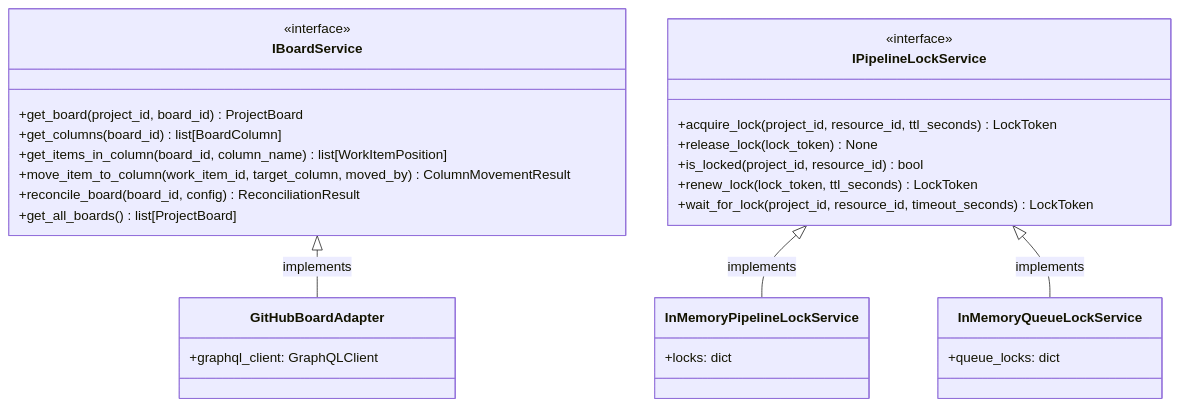
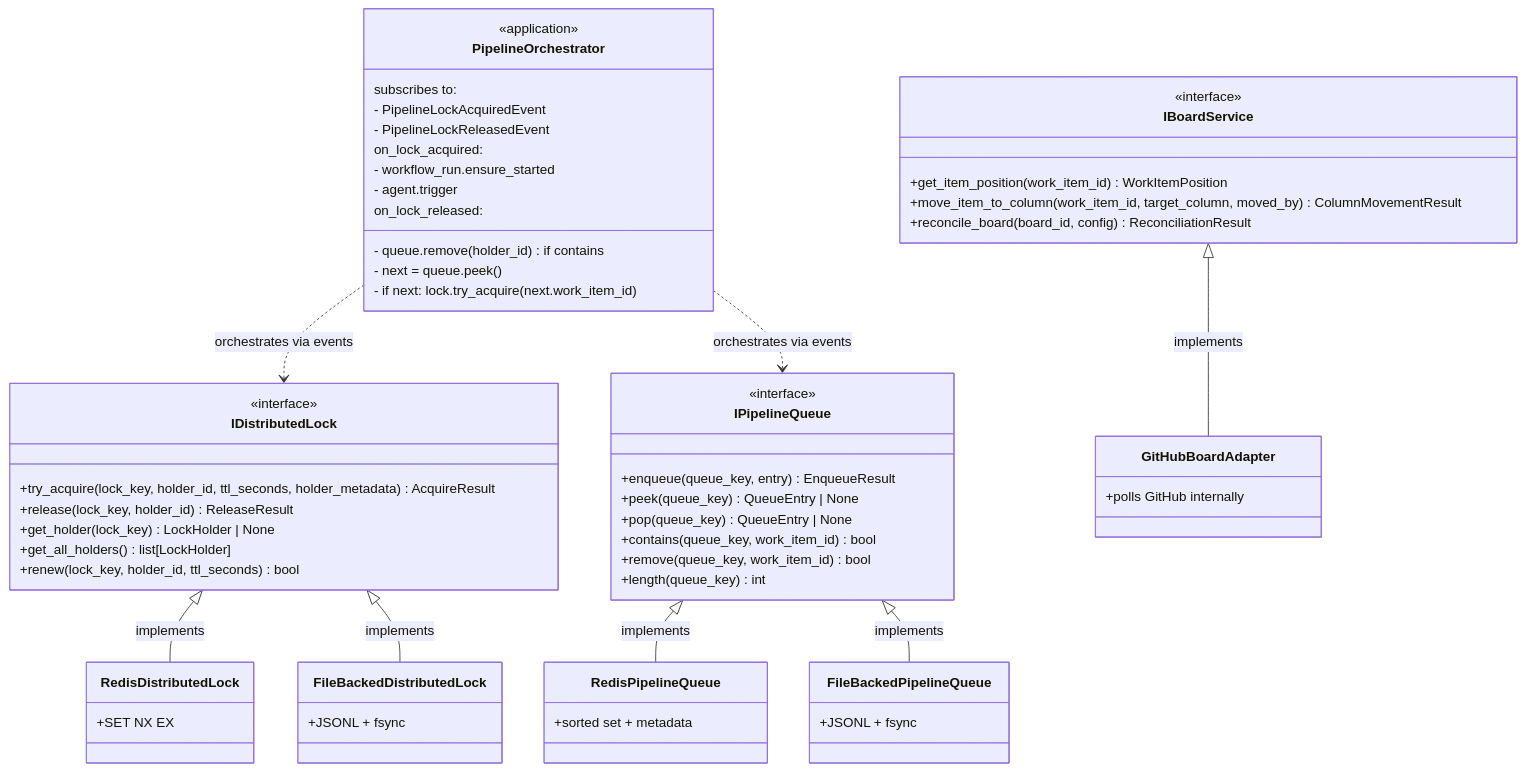
The diagram in documentation/architecture/ports/output/board-management.md (tinkermonkey/codetoreum), drawn with Mermaid before and after one commit. The commit also changed other lines of this file and 7 other files, not shown here.

````diff
--- a/documentation/architecture/ports/output/board-management.md
+++ b/documentation/architecture/ports/output/board-management.md
@@ -152,37 +435,59 @@
 ```mermaid
 classDiagram
     class IBoardService {
         <<interface>>
-        +get_board(project_id, board_id) ProjectBoard
-        +get_columns(board_id) list[BoardColumn]
-        +get_items_in_column(board_id, column_name) list[WorkItemPosition]
+        +get_item_position(work_item_id) WorkItemPosition
         +move_item_to_column(work_item_id, target_column, moved_by) ColumnMovementResult
         +reconcile_board(board_id, config) ReconciliationResult
-        +get_all_boards() list[ProjectBoard]
     }
 
-    class IPipelineLockService {
+    class IDistributedLock {
         <<interface>>
-        +acquire_lock(project_id, resource_id, ttl_seconds) LockToken
-        +release_lock(lock_token) None
-        +is_locked(project_id, resource_id) bool
-        +renew_lock(lock_token, ttl_seconds) LockToken
-        +wait_for_lock(project_id, resource_id, timeout_seconds) LockToken
+        +try_acquire(lock_key, holder_id, ttl_seconds, holder_metadata) AcquireResult
+        +release(lock_key, holder_id) ReleaseResult
+        +get_holder(lock_key) LockHolder | None
+        +get_all_holders() list[LockHolder]
+        +renew(lock_key, holder_id, ttl_seconds) bool
     }
 
-    class GitHubBoardAdapter {
-        +graphql_client: GraphQLClient
+    class IPipelineQueue {
+        <<interface>>
+        +enqueue(queue_key, entry) EnqueueResult
+        +peek(queue_key) QueueEntry | None
+        +pop(queue_key) QueueEntry | None
+        +contains(queue_key, work_item_id) bool
+        +remove(queue_key, work_item_id) bool
+        +length(queue_key) int
     }
 
-    class InMemoryPipelineLockService {
-        +locks: dict
+    class PipelineOrchestrator {
+        <<application>>
+        subscribes to:
+        - PipelineLockAcquiredEvent
+        - PipelineLockReleasedEvent
+
+        on_lock_acquired:
+        - queue.remove(holder_id) if contains
+        - workflow_run.ensure_started
+        - agent.trigger
+
+        on_lock_released:
+        - next = queue.peek()
+        - if next: lock.try_acquire(next.work_item_id)
     }
 
-    class InMemoryQueueLockService {
-        +queue_locks: dict
-    }
+    class GitHubBoardAdapter { +polls GitHub internally }
+    class RedisDistributedLock { +SET NX EX }
+    class RedisPipelineQueue { +sorted set + metadata }
+    class FileBackedDistributedLock { +JSONL + fsync }
+    class FileBackedPipelineQueue { +JSONL + fsync }
 
     IBoardService <|-- GitHubBoardAdapter: implements
-    IPipelineLockService <|-- InMemoryPipelineLockService: implements
-    IPipelineLockService <|-- InMemoryQueueLockService: implements
+    IDistributedLock <|-- RedisDistributedLock: implements
+    IDistributedLock <|-- FileBackedDistributedLock: implements
+    IPipelineQueue <|-- RedisPipelineQueue: implements
+    IPipelineQueue <|-- FileBackedPipelineQueue: implements
+
+    PipelineOrchestrator ..> IDistributedLock: orchestrates via events
+    PipelineOrchestrator ..> IPipelineQueue: orchestrates via events
 ```
````
